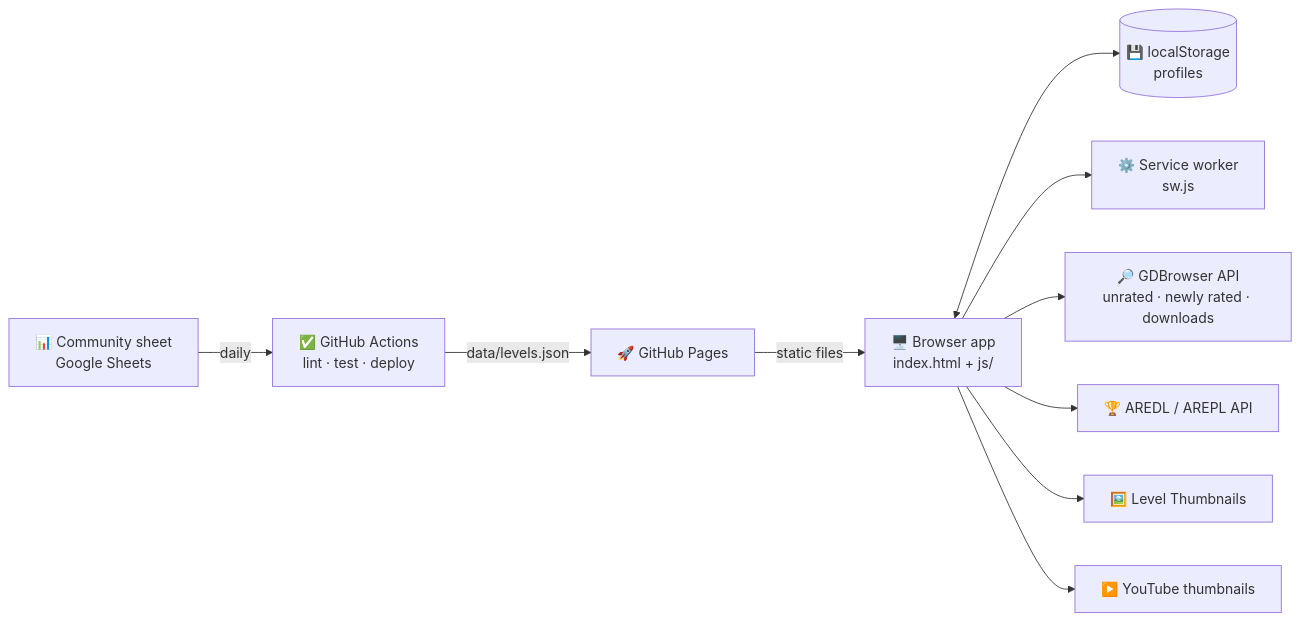
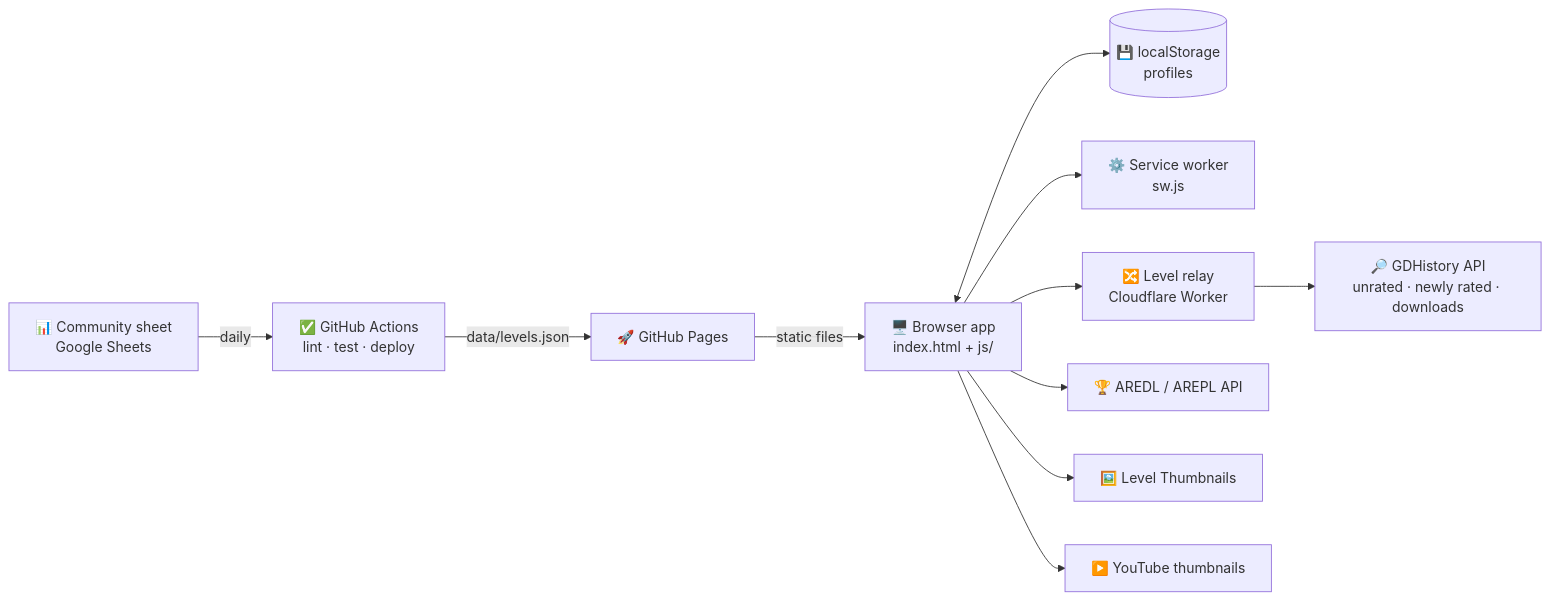
The diagram in README.md (Wal-014/Personal-Progress-List), drawn with Mermaid before and after one commit. The commit also changed other lines of this file and 4 other files, not shown here.

First line of the commit message:
Point the app at the deployed level relay and document it

````diff
--- a/README.md
+++ b/README.md
@@ -41,12 +41,13 @@
 ```mermaid
 flowchart LR
     GS["📊 Community sheet<br/>Google Sheets"] -->|daily| CI
     CI["✅ GitHub Actions<br/>lint · test · deploy"] -->|data/levels.json| GH
     GH["🚀 GitHub Pages"] -->|static files| B["🖥️ Browser app<br/>index.html + js/"]
     B <--> LS[("💾 localStorage<br/>profiles")]
     B --> SW["⚙️ Service worker<br/>sw.js"]
-    B --> G["🔎 GDBrowser API<br/>unrated · newly rated · downloads"]
+    B --> R["🔀 Level relay<br/>Cloudflare Worker"]
+    R --> G["🔎 GDHistory API<br/>unrated · newly rated · downloads"]
     B --> A["🏆 AREDL / AREPL API"]
     B --> T["🖼️ Level Thumbnails"]
     B --> Y["▶️ YouTube thumbnails"]
 ```
````
